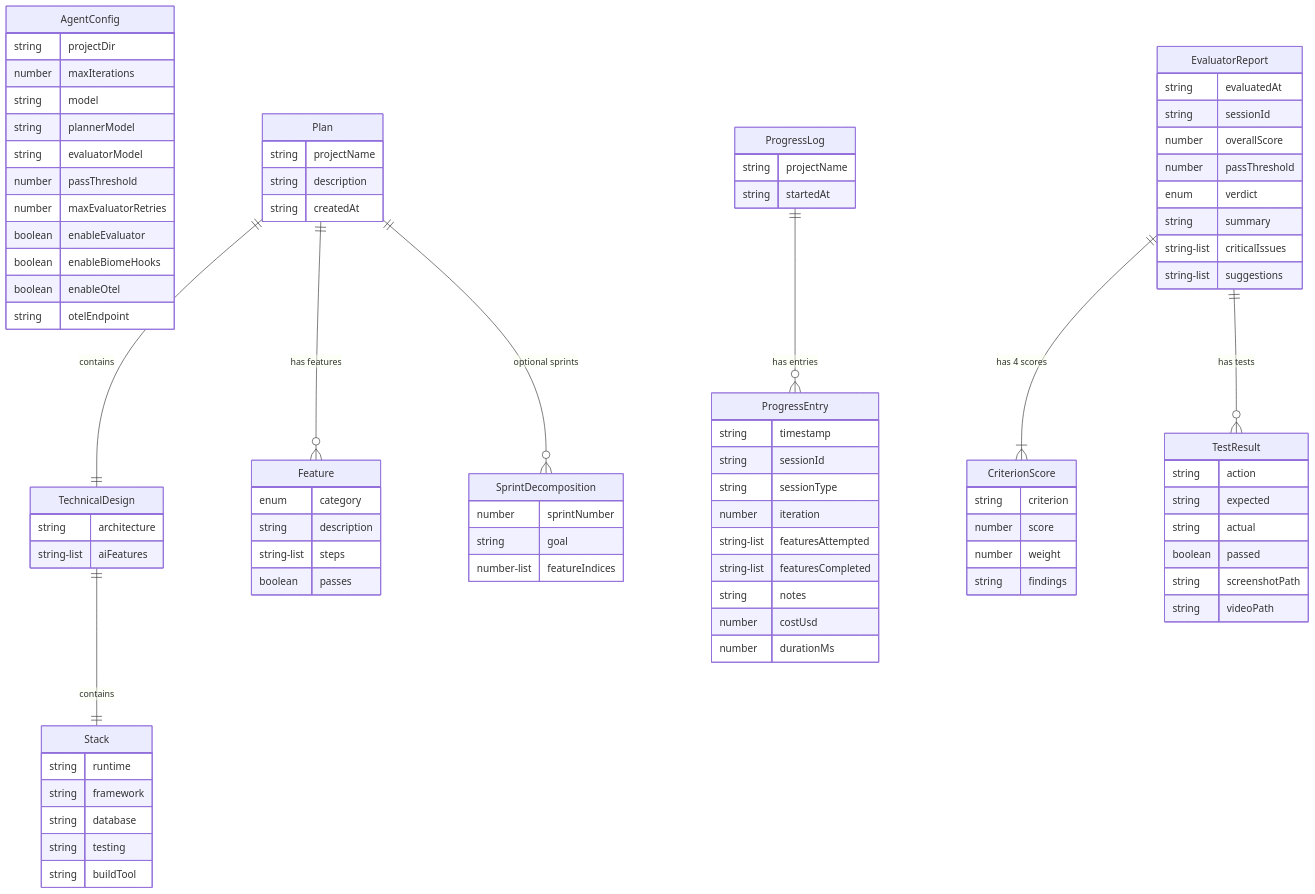
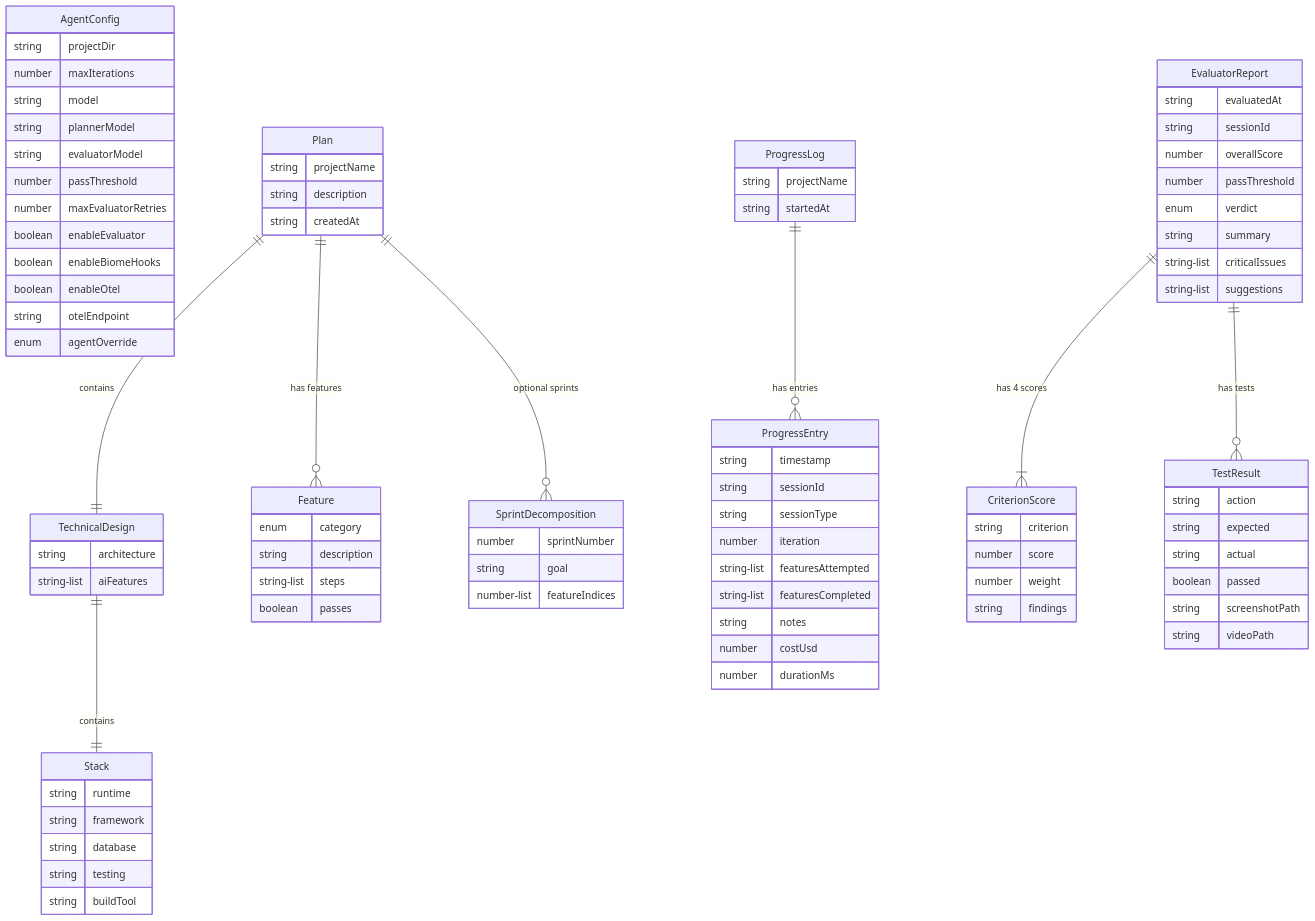
Before and after one commit to ncolesummers/enterprise-agent-development-lifecycle: the diagram in docs/zod-schema-library.md, drawn with Mermaid. The commit also changed other lines of this file and 1 other file, not shown here.

First line of the commit message:
docs: update architecture and schema docs for src/cli.ts entry point

```diff
--- a/docs/zod-schema-library.md
+++ b/docs/zod-schema-library.md
@@ -18,6 +18,7 @@
         boolean enableBiomeHooks
         boolean enableOtel
         string otelEndpoint
+        enum agentOverride
     }
 
     Plan {
```
